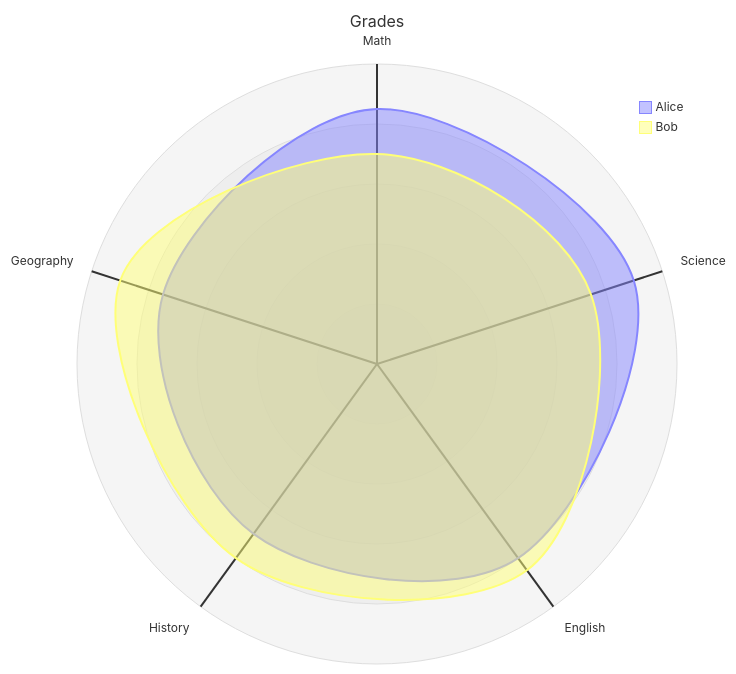
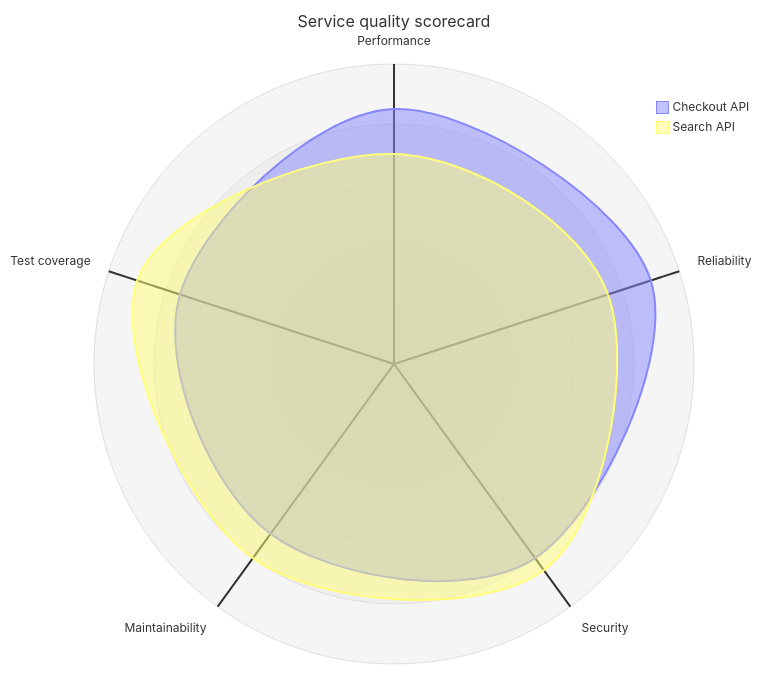
Before and after one commit to flatrick/agent-skills: the diagram in mastery-of-mermaid/references/radar-chart.md, drawn with Mermaid. The commit also changed 44 other files, not shown here.

First line of the commit message:
docs: retheme mastery-of-mermaid examples to software-dev scenarios

````diff
--- a/mastery-of-mermaid/references/radar-chart.md
+++ b/mastery-of-mermaid/references/radar-chart.md
@@ -11,11 +11,11 @@
 ```mermaid
 radar-beta
-  title Grades
-  axis m["Math"], s["Science"], e["English"]
-  axis h["History"], g["Geography"]
-  curve a["Alice"]{85, 90, 80, 70, 75}
-  curve b["Bob"]{70, 75, 85, 80, 90}
+  title Service quality scorecard
+  axis p["Performance"], r["Reliability"], s["Security"]
+  axis m["Maintainability"], t["Test coverage"]
+  curve a["Checkout API"]{85, 90, 80, 70, 75}
+  curve b["Search API"]{70, 75, 85, 80, 90}
 
   max 100
   min 0
 ```
````
